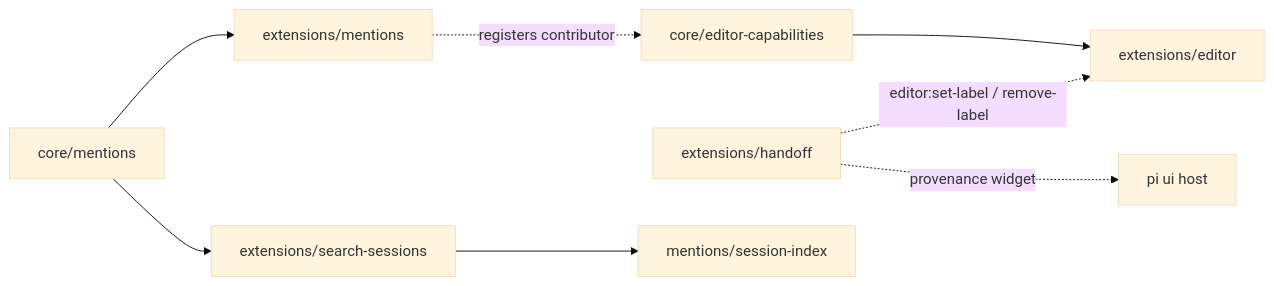
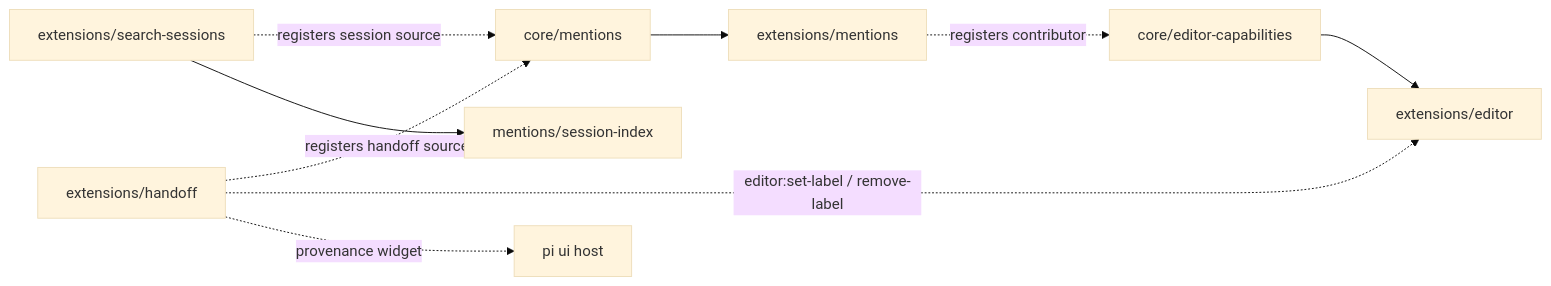
Before and after one commit to bdsqqq/dots: the seventh of 8 diagrams in user/pi/PACKAGE-GRAPH.md, drawn with Mermaid (base theme). The commit also changed other lines of this file and 14 other files, not shown here.

````diff
--- a/user/pi/PACKAGE-GRAPH.md
+++ b/user/pi/PACKAGE-GRAPH.md
@@ -344,12 +344,13 @@
 ```mermaid
 flowchart LR
   mentionscore[core/mentions] --> mentionsx[extensions/mentions]
   mentionsx -. registers contributor .-> editorcaps[core/editor-capabilities]
+  search[extensions/search-sessions] -. registers session source .-> mentionscore
+  handoff[extensions/handoff] -. registers handoff source .-> mentionscore
   editorcaps --> editor[extensions/editor]
-  mentionscore --> search[extensions/search-sessions]
 
-  handoff[extensions/handoff] -. editor:set-label / remove-label .-> editor
+  handoff -. editor:set-label / remove-label .-> editor
   handoff -. provenance widget .-> piui[pi ui host]
 
   search --> sessionindex[mentions/session-index]
 ```
````
